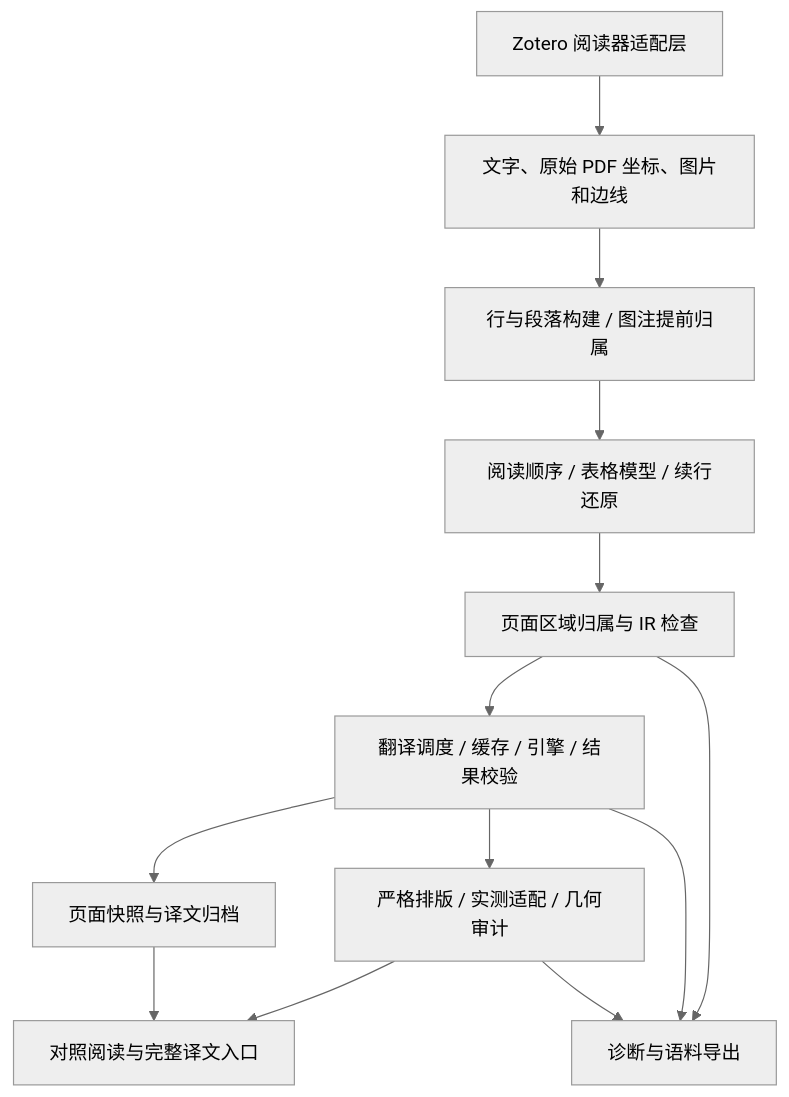
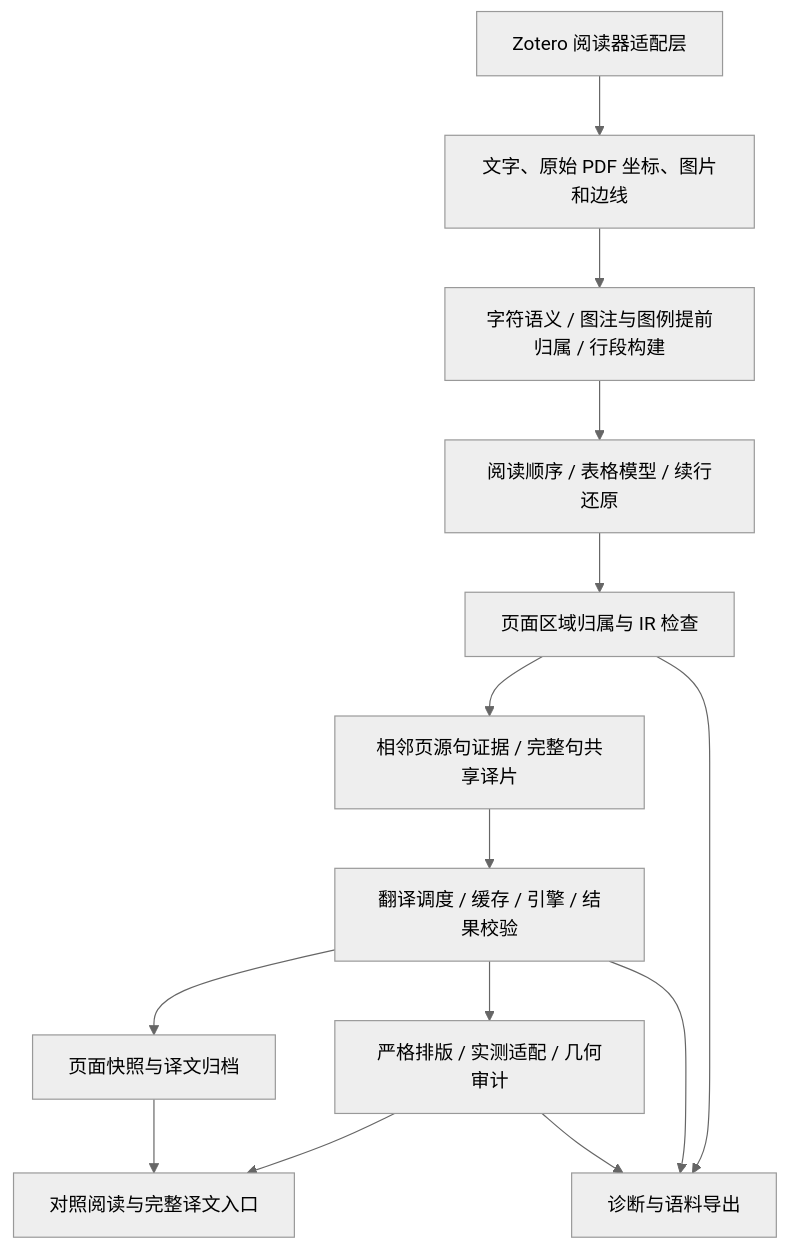
Before and after one commit to wandonwe/PaperMirror-for-Zotero: the diagram in docs/ARCHITECTURE.md, drawn with Mermaid (neutral theme). The commit also changed other lines of this file and 89 other files, not shown here.

````diff
--- a/docs/ARCHITECTURE.md
+++ b/docs/ARCHITECTURE.md
@@ -7,15 +7,16 @@
 ```mermaid
 flowchart TD
     A[Zotero 阅读器适配层] --> B[文字、原始 PDF 坐标、图片和边线]
-    B --> C[行与段落构建 / 图注提前归属]
+    B --> C[字符语义 / 图注与图例提前归属 / 行段构建]
     C --> D[阅读顺序 / 表格模型 / 续行还原]
     D --> E[页面区域归属与 IR 检查]
-    E --> F[翻译调度 / 缓存 / 引擎 / 结果校验]
+    E --> K[相邻页源句证据 / 完整句共享译片]
+    K --> F[翻译调度 / 缓存 / 引擎 / 结果校验]
     F --> G[严格排版 / 实测适配 / 几何审计]
     G --> H[对照阅读与完整译文入口]
     F --> I[页面快照与译文归档]
     I --> H
     E --> J[诊断与语料导出]
     F --> J
     G --> J
 ```
````
